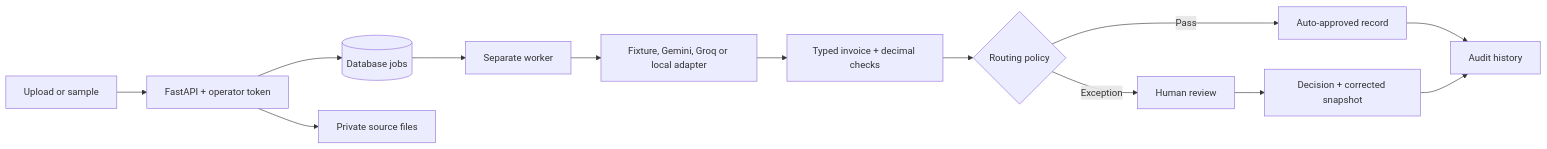
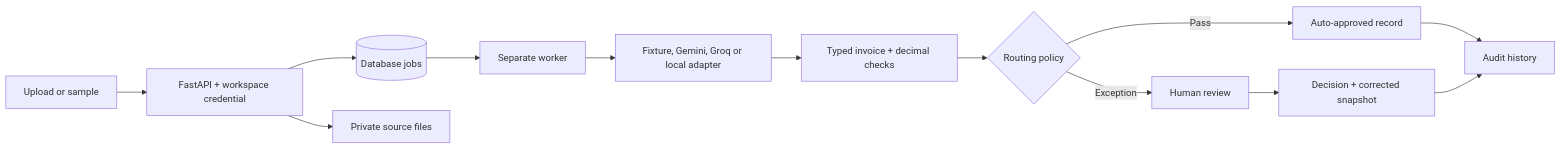
Before and after one commit to YashModi1804/folio-invoice-verification: the diagram in README.md, drawn with Mermaid. The commit also changed other lines of this file and 12 other files, not shown here.

````diff
--- a/README.md
+++ b/README.md
@@ -134,15 +136,15 @@
 ```mermaid
 flowchart LR
-    U[Upload or sample] --> A[FastAPI + operator token]
+    U[Upload or sample] --> A[FastAPI + workspace credential]
     A --> D[(Database jobs)]
     A --> S[Private source files]
     D --> W[Separate worker]
     W --> P[Fixture, Gemini, Groq or local adapter]
     P --> V[Typed invoice + decimal checks]
     V --> R{Routing policy}
     R -->|Pass| Y[Auto-approved record]
     R -->|Exception| H[Human review]
     H --> E[Decision + corrected snapshot]
     Y --> T[Audit history]
     E --> T
 ```
````
